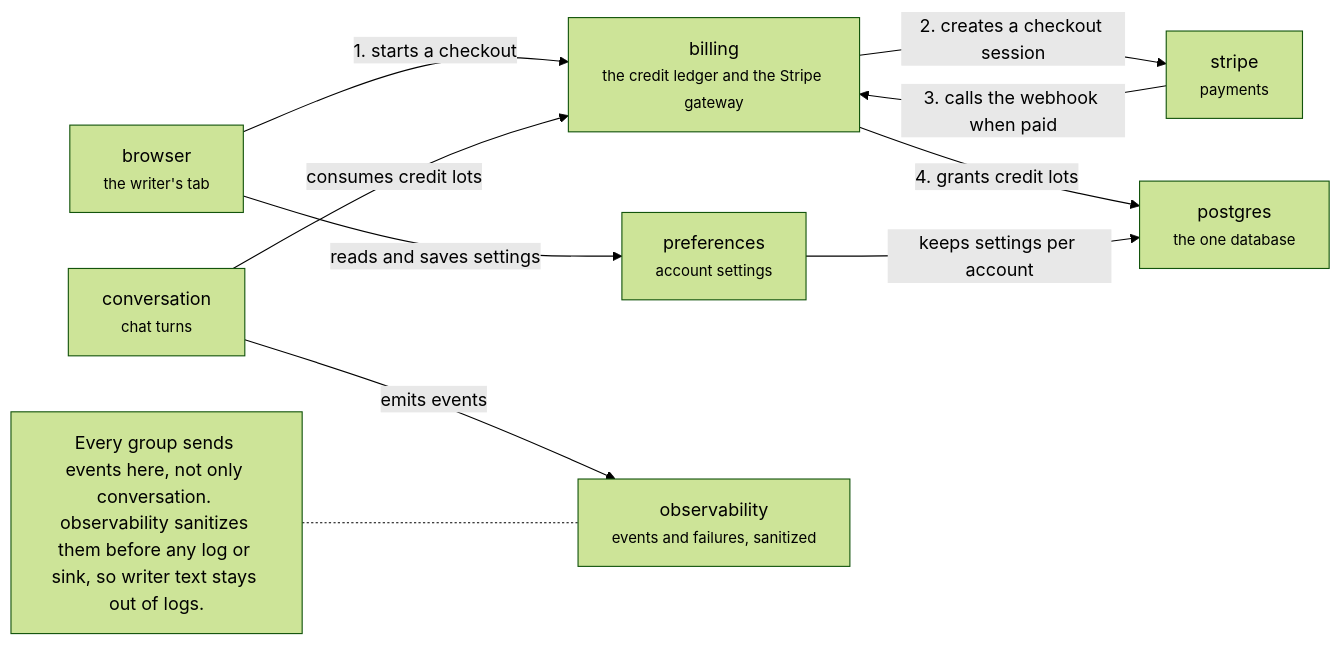
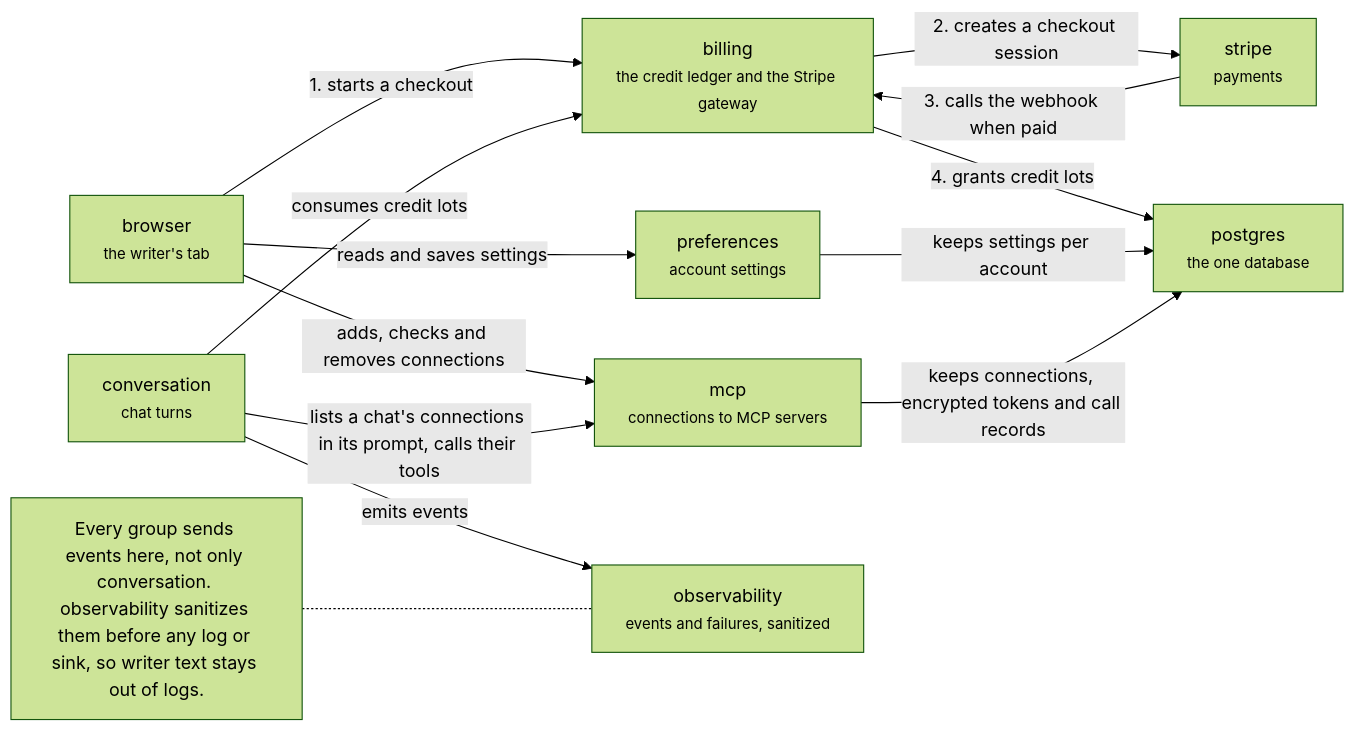
One commit to haowjy/meridian-flow changed the diagram in .context/system-architecture/server-account.md. Above: the diagram before and after it, drawn with Mermaid (forest theme). The commit also changed other lines of this file and 226 other files, not shown here.

First line of the commit message:
Connections: MCP servers for the AI (integration) (#1639)

````diff
--- a/.context/system-architecture/server-account.md
+++ b/.context/system-architecture/server-account.md
@@ -5,20 +5,24 @@
 ```mermaid
 flowchart LR
   billing["billing<br/><small>the credit ledger and the Stripe gateway</small>"]:::domain
   preferences["preferences<br/><small>account settings</small>"]:::domain
+  mcp["mcp<br/><small>connections to MCP servers</small>"]:::domain
   observability["observability<br/><small>events and failures, sanitized</small>"]:::domain
   browser["browser<br/><small>the writer's tab</small>"]:::context
   stripe["stripe<br/><small>payments</small>"]:::context
   postgres["postgres<br/><small>the one database</small>"]:::context
   conversation["conversation<br/><small>chat turns</small>"]:::context
   browser -->|"1. starts a checkout"| billing
   billing -->|"2. creates a checkout session"| stripe
   stripe -->|"3. calls the webhook when paid"| billing
   billing -->|"4. grants credit lots"| postgres
   conversation -->|"consumes credit lots"| billing
   browser -->|"reads and saves settings"| preferences
   preferences -->|"keeps settings per account"| postgres
+  browser -->|"adds, checks and removes connections"| mcp
+  mcp -->|"keeps connections, encrypted tokens and call records"| postgres
+  conversation -->|"lists a chat's connections in its prompt, calls their tools"| mcp
   conversation -->|"emits events"| observability
   note1["Every group sends events here, not only conversation. observability sanitizes them before any log or sink, so writer text stays out of logs."]:::note
   note1 -.- observability
 ```
````
